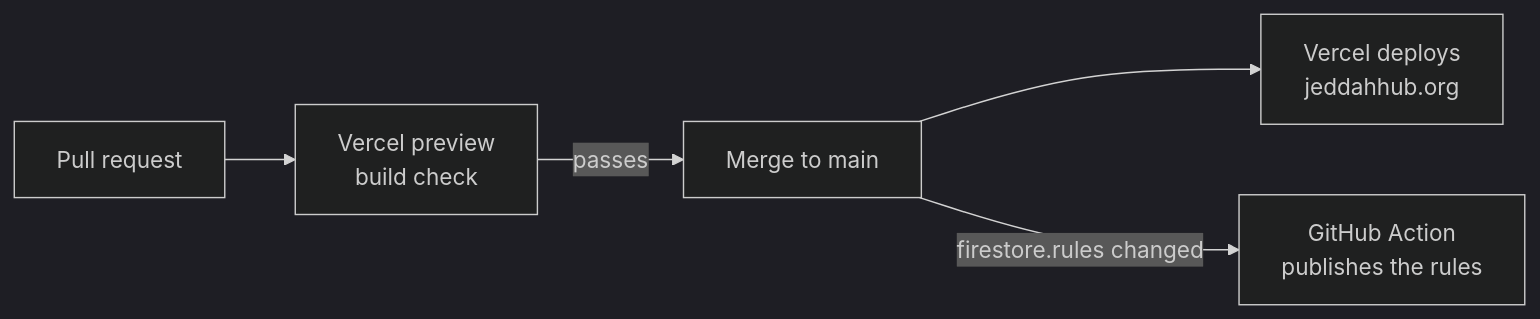
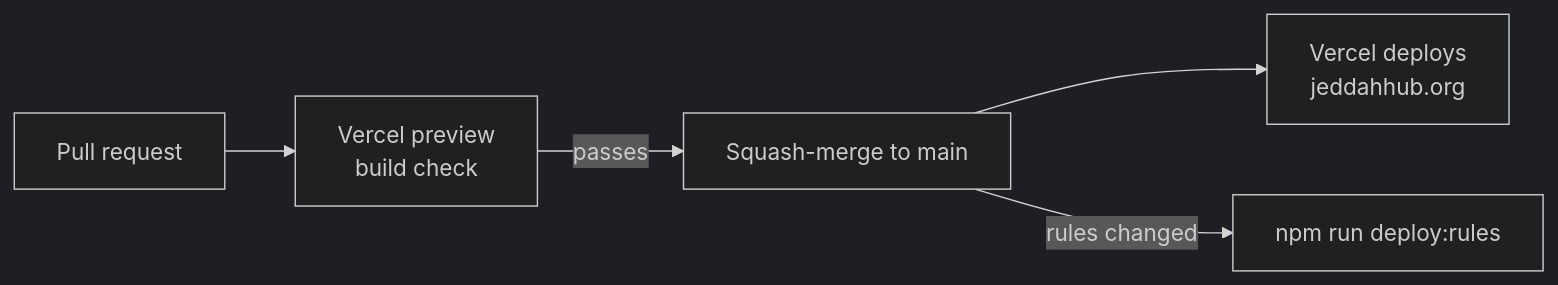
The second of 2 diagrams in README.md (The-Dark-Ranger/Jeddah-Hub), drawn with Mermaid (dark theme) before and after one commit. The commit also changed other lines of this file and 22 other files, not shown here.

````diff
--- a/README.md
+++ b/README.md
@@ -185,6 +209,6 @@
 ```mermaid
 flowchart LR
-    PR[Pull request] --> CHK[Vercel preview<br/>build check] -->|passes| MAIN[Merge to main]
+    PR[Pull request] --> CHK[Vercel preview<br/>build check] -->|passes| MAIN[Squash-merge to main]
     MAIN --> SITE[Vercel deploys<br/>jeddahhub.org]
-    MAIN -->|firestore.rules changed| RULES[GitHub Action<br/>publishes the rules]
+    MAIN -->|rules changed| RULES[npm run deploy:rules]
 ```
````
